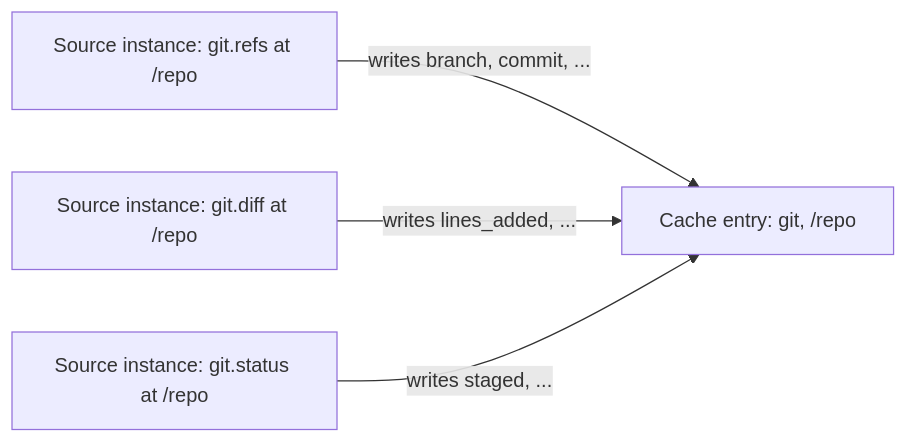
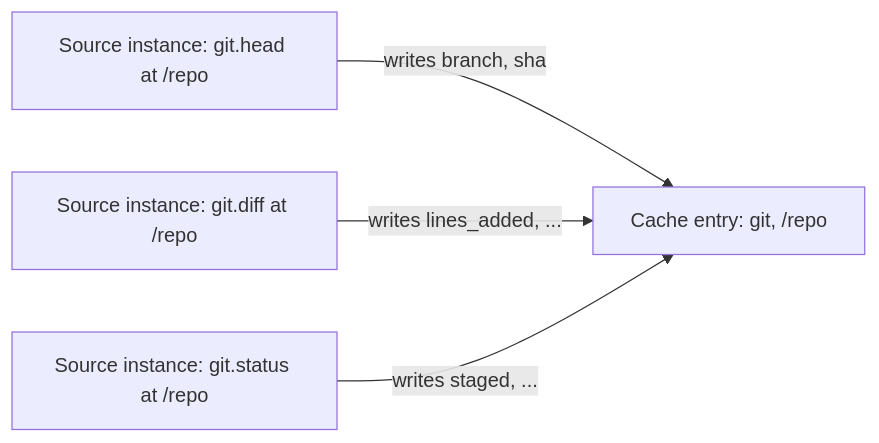
The second of 3 diagrams in docs/canon/provider_source.md (NavistAu/beachcomber), drawn with Mermaid before and after one commit. The commit also changed other lines of this file and 3 other files, not shown here.

````diff
--- a/docs/canon/provider_source.md
+++ b/docs/canon/provider_source.md
@@ -110,6 +102,6 @@
 ```mermaid
 graph LR
-    SI1[Source instance: git.refs at /repo] -->|writes branch, commit, ...| CE[Cache entry: git, /repo]
+    SI1[Source instance: git.head at /repo] -->|writes branch, sha| CE[Cache entry: git, /repo]
     SI2[Source instance: git.diff at /repo] -->|writes lines_added, ...| CE
     SI3[Source instance: git.status at /repo] -->|writes staged, ...| CE
 ```
````
